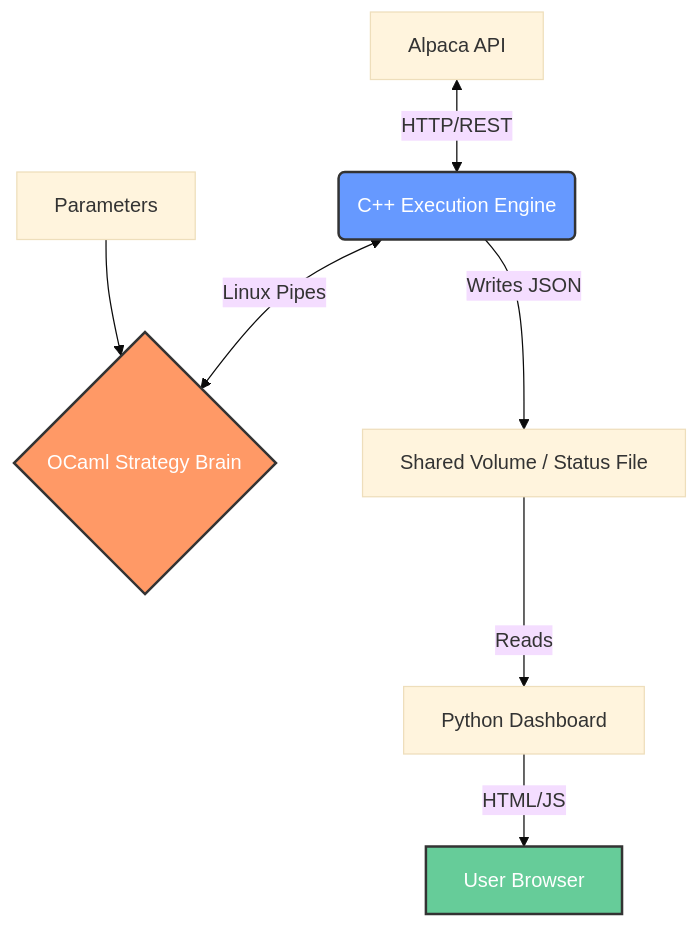
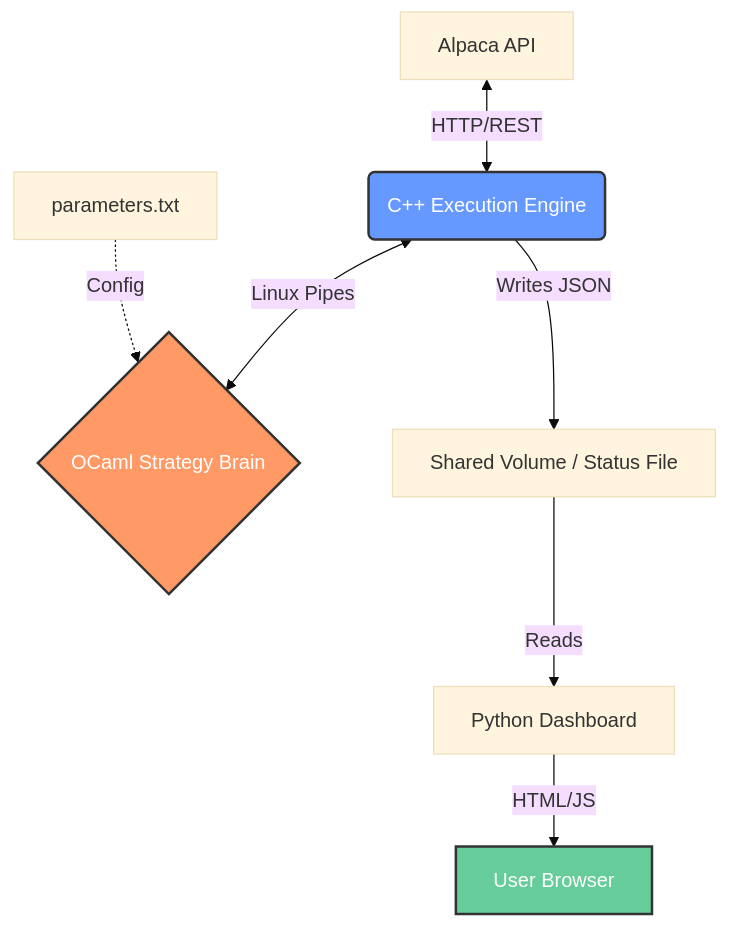
The diagram in README.md (4DR1455/anomalies_trading_algorithm), drawn with Mermaid (base theme) before and after one commit. The commit also changed other lines of this file, not shown here.

````diff
--- a/README.md
+++ b/README.md
@@ -13,12 +13,12 @@
 ```mermaid
 graph TD
     A[Alpaca API] <-->|HTTP/REST| B(C++ Execution Engine);
     B <-->|Linux Pipes| C{OCaml Strategy Brain};
     B -->|Writes JSON| D[Shared Volume / Status File];
     D -->|Reads| E[Python Dashboard];
     E -->|HTML/JS| F[User Browser];
-    G[Parameters]-->C    
+    G[parameters.txt] -.->|Config| C    
     style B fill:#69f,stroke:#333,stroke-width:2px,color:white
     style C fill:#f96,stroke:#333,stroke-width:2px,color:white
     style F fill:#6c9,stroke:#333,stroke-width:2px,color:white
 ```
````
